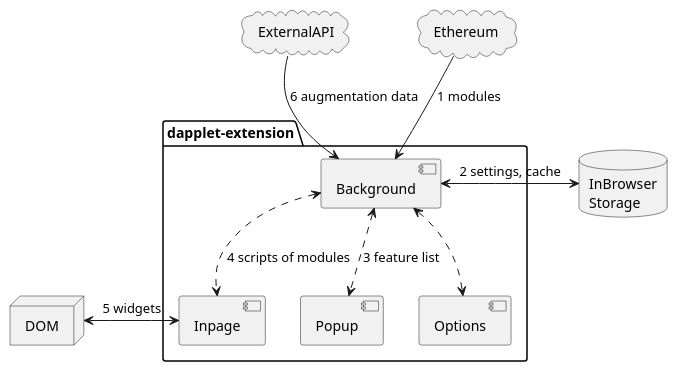
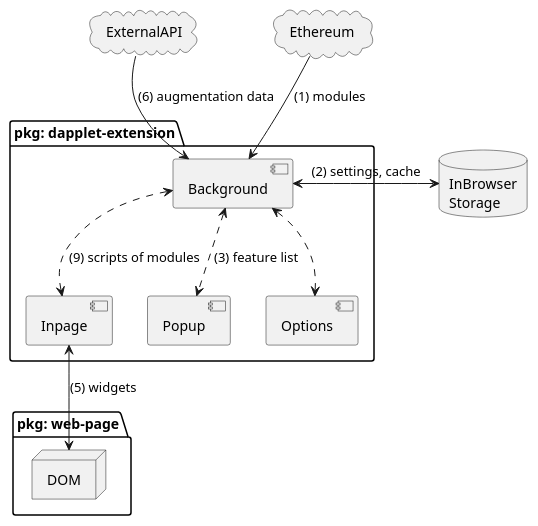
Before and after one commit to dapplets/dapplet-extension: the diagram in docs/uml/dapplet-extension.puml, drawn with PlantUML. The commit also changed 2 other files, not shown here.

Commit message:
diagram fixed

```diff
--- a/docs/uml/dapplet-extension.puml
+++ b/docs/uml/dapplet-extension.puml
@@ -1,26 +1,29 @@
 @startuml "dapplet-extension"
 
 cloud ExternalAPI
 cloud Ethereum
 
-node DOM
+package "pkg: web-page" {
+    node DOM
+}
+
 database "InBrowser\nStorage" as Storage
 
-package "dapplet-extension" {
+package "pkg: dapplet-extension" {
     [Background]
     [Inpage]
     [Popup]
     [Options]
 
-    Background <..> Inpage : 4 scripts of modules
-    Background <..> Popup : 3 feature list
+    Background <..> Inpage : (9) scripts of modules
+    Background <..> Popup : (3) feature list
     Background <..> Options
 
-    Background <-> Storage : 2 settings, cache
-    Ethereum -down-> Background : 1 modules
-    ExternalAPI -down-> Background : 6 augmentation data
+    Background <-> Storage : (2) settings, cache
+    Ethereum -down-> Background : (1) modules
+    ExternalAPI -down-> Background : (6) augmentation data
 
-    Inpage <-left-> DOM : 5 widgets
+    Inpage <-down-> DOM : (5) widgets
 }
 
 @enduml
```
